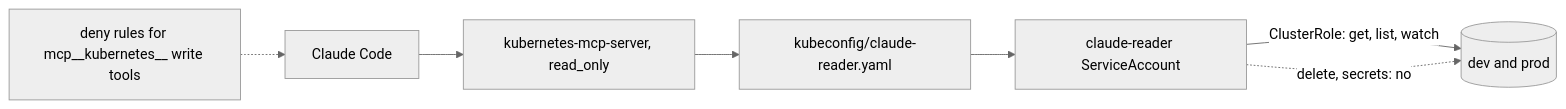
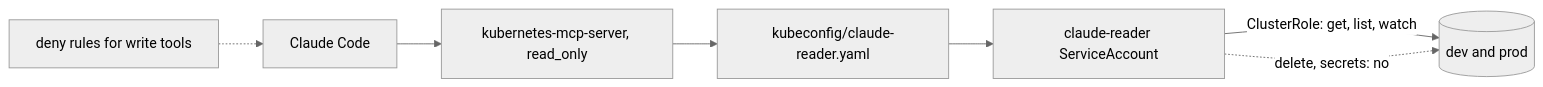
The diagram in parts/03-give-it-eyes/01-connect-the-cluster-read-only/problem/README.md (learnwithparam/claude-code-for-devops), drawn with Mermaid (neutral theme) before and after one commit. The commit also changed other lines of this file and 496 other files, not shown here.

````diff
--- a/parts/03-give-it-eyes/01-connect-the-cluster-read-only/problem/README.md
+++ b/parts/03-give-it-eyes/01-connect-the-cluster-read-only/problem/README.md
@@ -16,9 +11,9 @@
 ```mermaid
 flowchart LR
   C[Claude Code] --> M[kubernetes-mcp-server, read_only]
   M --> K[kubeconfig/claude-reader.yaml]
   K --> SA[claude-reader ServiceAccount]
   SA -->|ClusterRole: get, list, watch| P[(dev and prod)]
   SA -.->|delete, secrets: no| P
-  D[deny rules for mcp__kubernetes__ write tools] -.-> C
+  D[deny rules for write tools] -.-> C
 ```
````
